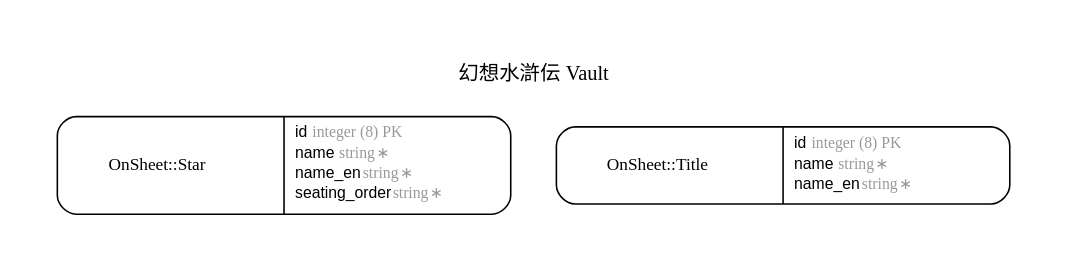
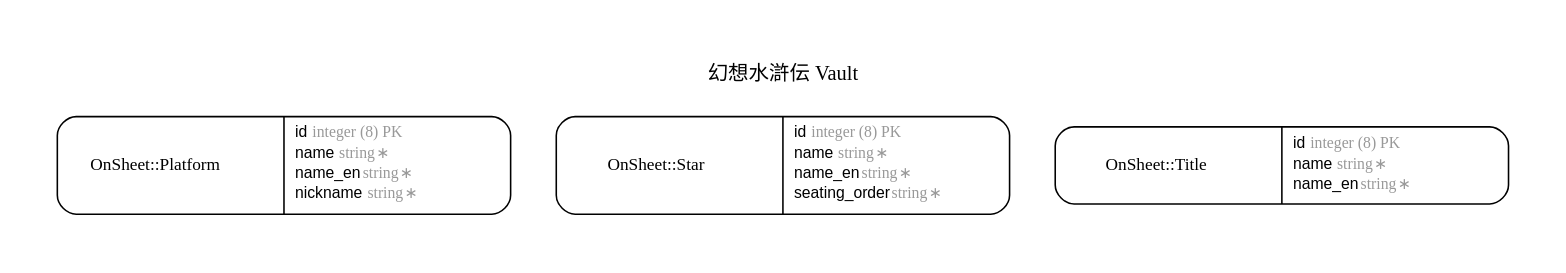
One commit to true-runes/vault changed the diagram in db/erd.dot. Above: the diagram before and after it, drawn with Graphviz. The commit also changed 18 other files, not shown here.

```diff
--- a/db/erd.dot
+++ b/db/erd.dot
@@ -1,38 +1,49 @@
 digraph Vault {
 rankdir = "LR";
 ranksep = "0.5";
 nodesep = "0.4";
 pad = "0.4,0.4";
 margin = "0,0";
 concentrate = "true";
 labelloc = "t";
 fontsize = "13";
 fontname = "Arial Bold";
 splines = "spline";
 node[ shape  =  "Mrecord" , fontsize  =  "10" , fontname  =  "Arial" , margin  =  "0.07,0.05" , penwidth  =  "1.0"];
 edge[ fontname  =  "Arial" , fontsize  =  "7" , dir  =  "both" , arrowsize  =  "0.9" , penwidth  =  "1.0" , labelangle  =  "32" , labeldistance  =  "1.8"];
 rankdir = "TB";
 label = "幻想水滸伝 Vault\n\n";
 splines = "spline";
+"m_OnSheet::Platform" [label = <<table border="0" align="center" cellspacing="0.5" cellpadding="0" width="134">
+  <tr><td align="center" valign="bottom" width="130"><font face="Arial Bold" point-size="11">OnSheet::Platform</font></td></tr>
+</table>
+|
+<table border="0" align="left" cellspacing="2" cellpadding="0" width="134">
+  <tr><td align="left" width="130" port="id">id <font face="Arial Italic" color="grey60">integer (8) PK</font></td></tr>
+  <tr><td align="left" width="130" port="name">name <font face="Arial Italic" color="grey60">string ∗</font></td></tr>
+  <tr><td align="left" width="130" port="name_en">name_en <font face="Arial Italic" color="grey60">string ∗</font></td></tr>
+  <tr><td align="left" width="130" port="nickname">nickname <font face="Arial Italic" color="grey60">string ∗</font></td></tr>
+</table>
+>];
 "m_OnSheet::Star" [label = <<table border="0" align="center" cellspacing="0.5" cellpadding="0" width="134">
   <tr><td align="center" valign="bottom" width="130"><font face="Arial Bold" point-size="11">OnSheet::Star</font></td></tr>
 </table>
 |
 <table border="0" align="left" cellspacing="2" cellpadding="0" width="134">
   <tr><td align="left" width="130" port="id">id <font face="Arial Italic" color="grey60">integer (8) PK</font></td></tr>
   <tr><td align="left" width="130" port="name">name <font face="Arial Italic" color="grey60">string ∗</font></td></tr>
   <tr><td align="left" width="130" port="name_en">name_en <font face="Arial Italic" color="grey60">string ∗</font></td></tr>
   <tr><td align="left" width="130" port="seating_order">seating_order <font face="Arial Italic" color="grey60">string ∗</font></td></tr>
 </table>
 >];
 "m_OnSheet::Title" [label = <<table border="0" align="center" cellspacing="0.5" cellpadding="0" width="134">
   <tr><td align="center" valign="bottom" width="130"><font face="Arial Bold" point-size="11">OnSheet::Title</font></td></tr>
 </table>
 |
 <table border="0" align="left" cellspacing="2" cellpadding="0" width="134">
   <tr><td align="left" width="130" port="id">id <font face="Arial Italic" color="grey60">integer (8) PK</font></td></tr>
   <tr><td align="left" width="130" port="name">name <font face="Arial Italic" color="grey60">string ∗</font></td></tr>
   <tr><td align="left" width="130" port="name_en">name_en <font face="Arial Italic" color="grey60">string ∗</font></td></tr>
 </table>
 >];
 }
```
